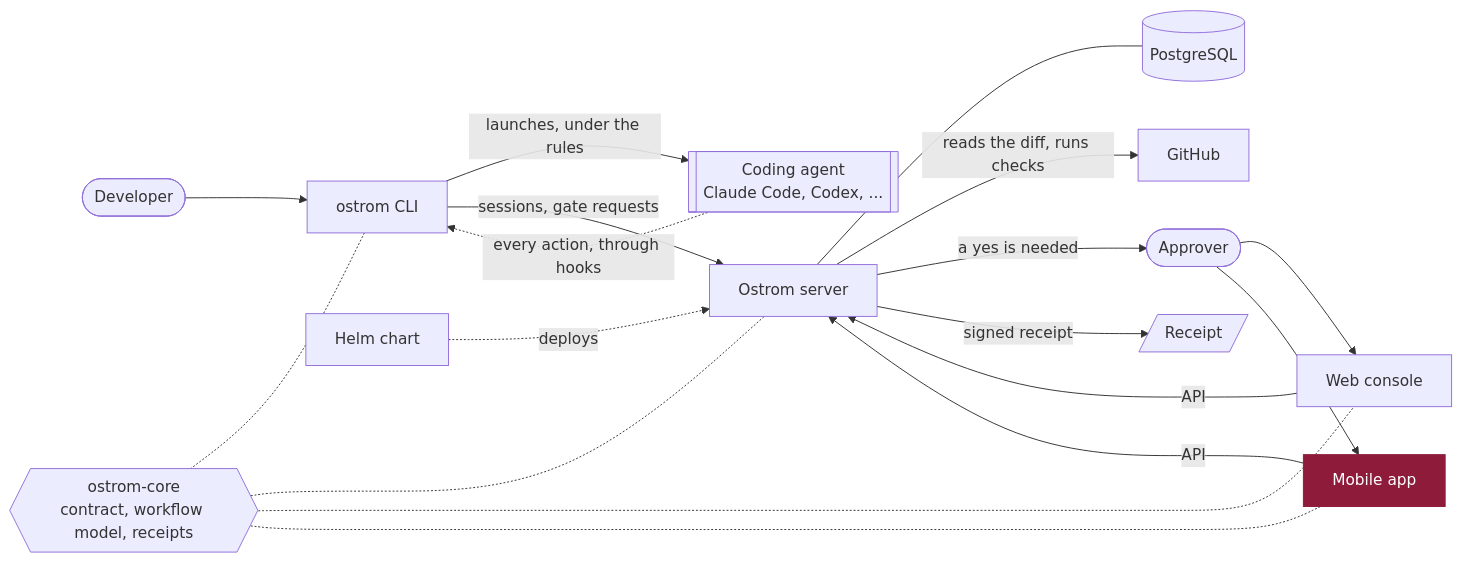
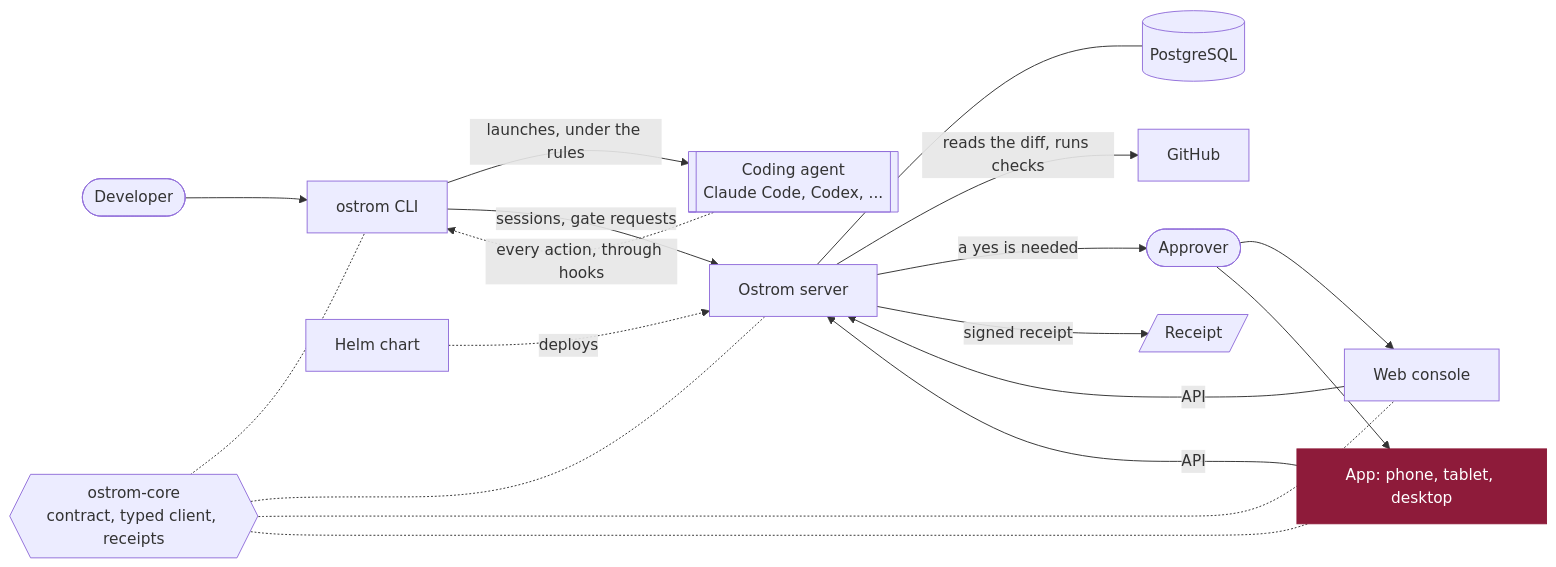
Before and after one commit to ostrom-hq/ostrom-app: the diagram in README.md, drawn with Mermaid. The commit also changed other lines of this file and 409 other files, not shown here.

First line of the commit message:
feat!: rewrite the app in Kotlin Multiplatform and Compose for iOS, Android and the desktop (#65)

````diff
--- a/README.md
+++ b/README.md
@@ -59,17 +65,17 @@
 ```mermaid
 flowchart LR
   dev(["Developer"]) --> cli["ostrom CLI"]
   cli -- "launches, under the rules" --> agent[["Coding agent<br/>Claude Code, Codex, ..."]]
   agent -. "every action, through hooks" .-> cli
   cli -- "sessions, gate requests" --> server["Ostrom server"]
   server --- db[("PostgreSQL")]
   server -- "reads the diff, runs checks" --> gh["GitHub"]
   server -- "a yes is needed" --> person(["Approver"])
-  person --> web["Web console"] & app["Mobile app"]
+  person --> web["Web console"] & app["App: phone, tablet, desktop"]
   web & app -- "API" --> server
   server -- "signed receipt" --> receipt[/"Receipt"/]
-  core{{"ostrom-core<br/>contract, workflow model, receipts"}} -.- cli & server & web & app
+  core{{"ostrom-core<br/>contract, typed client, receipts"}} -.- cli & server & web & app
   helm["Helm chart"] -. "deploys" .-> server
   classDef here fill:#8E1B3A,stroke:#8E1B3A,color:#FFFFFF
   class app here
 ```
````
